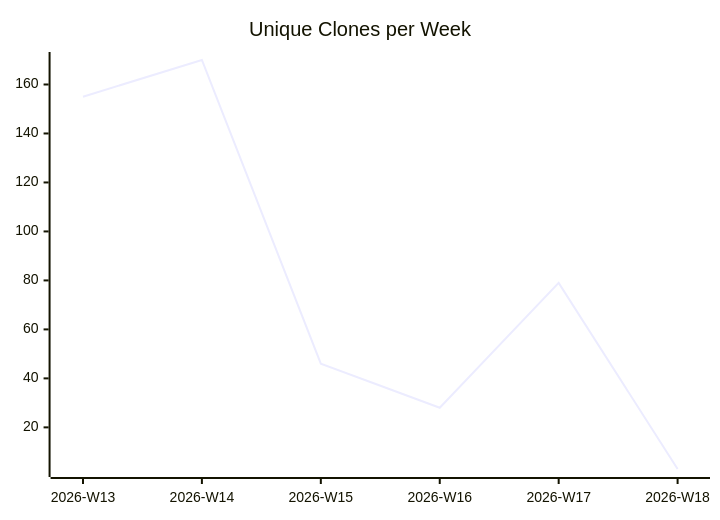
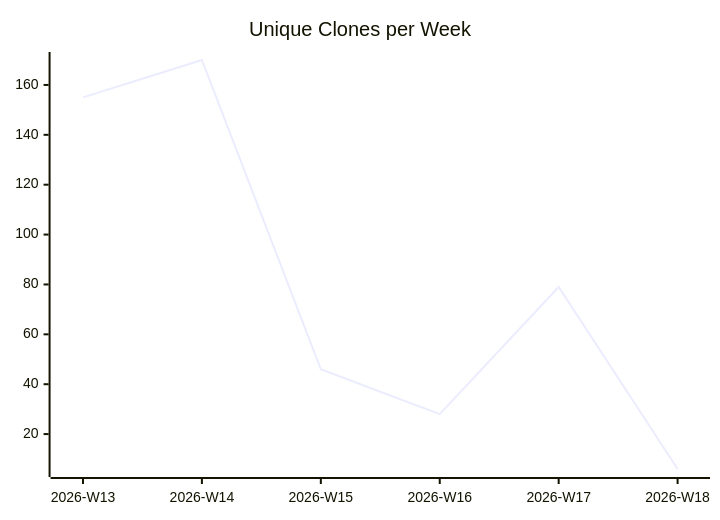
The third of 3 diagrams in karlmdavis/justdavis-finances/README.md (justdavis-family/github-analytics-data), drawn with Mermaid before and after one commit. The commit also changed other lines of this file and 184 other files, not shown here.

````diff
--- a/karlmdavis/justdavis-finances/README.md
+++ b/karlmdavis/justdavis-finances/README.md
@@ -19,6 +19,6 @@
 ```mermaid
 xychart-beta
   title "Unique Clones per Week"
   x-axis ["2026-W13", "2026-W14", "2026-W15", "2026-W16", "2026-W17", "2026-W18"]
-  line [155, 170, 46, 28, 79, 3]
+  line [155, 170, 46, 28, 79, 6]
 ```
````
